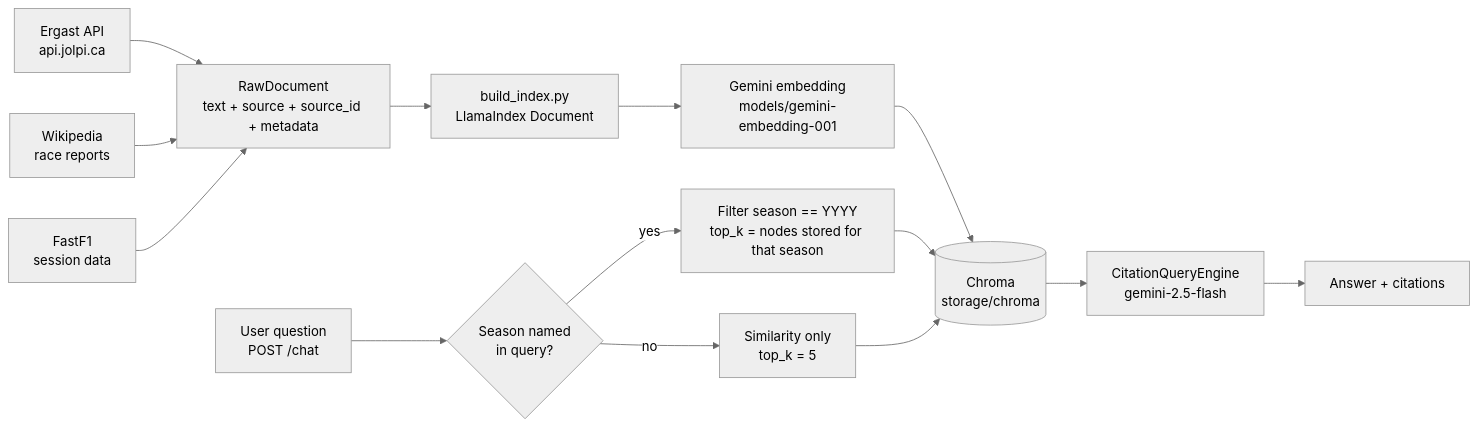
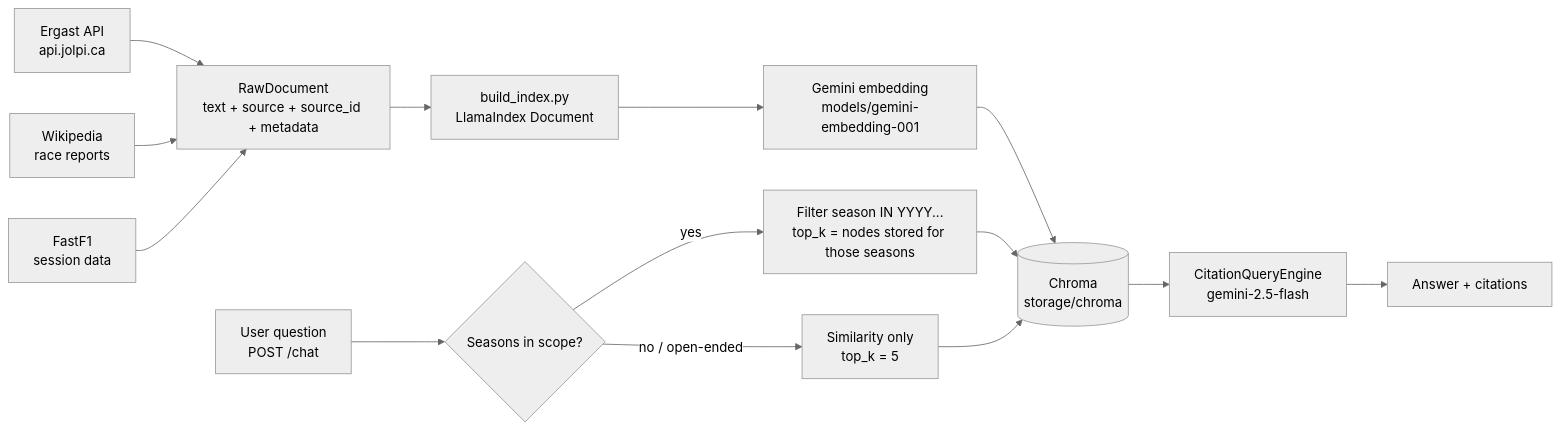
Before and after one commit to thompgt/f1-trivia-rag: the diagram in README.md, drawn with Mermaid (neutral theme). The commit also changed other lines of this file and 2 other files, not shown here.

First line of the commit message:
Scope retrieval to every season a question names, not the first

````diff
--- a/README.md
+++ b/README.md
@@ -127,16 +127,16 @@
 ```mermaid
 flowchart LR
     A[Ergast API<br/>api.jolpi.ca] --> N[RawDocument<br/>text + source + source_id + metadata]
     B[Wikipedia<br/>race reports] --> N
     C[FastF1<br/>session data] --> N
     N --> D[build_index.py<br/>LlamaIndex Document]
     D --> E[Gemini embedding<br/>models/gemini-embedding-001]
     E --> F[(Chroma<br/>storage/chroma)]
-    Q[User question<br/>POST /chat] --> R{Season named<br/>in query?}
-    R -- yes --> S[Filter season == YYYY<br/>top_k = nodes stored for that season]
-    R -- no --> T[Similarity only<br/>top_k = 5]
+    Q[User question<br/>POST /chat] --> R{Seasons in scope?}
+    R -- yes --> S[Filter season IN YYYY...<br/>top_k = nodes stored for those seasons]
+    R -- no / open-ended --> T[Similarity only<br/>top_k = 5]
     S --> F
     T --> F
     F --> U[CitationQueryEngine<br/>gemini-2.5-flash]
     U --> V[Answer + citations]
 ```
````
